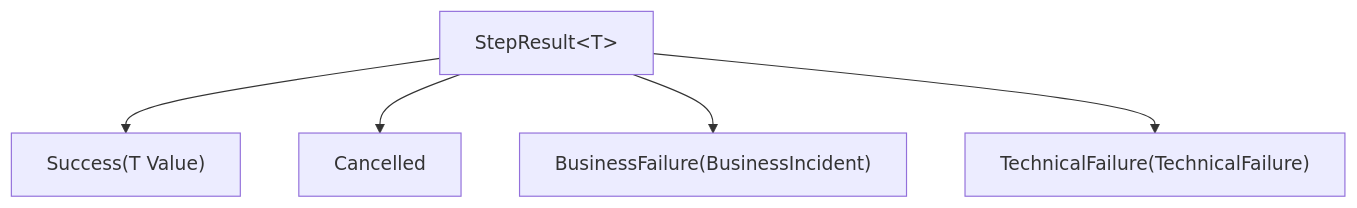
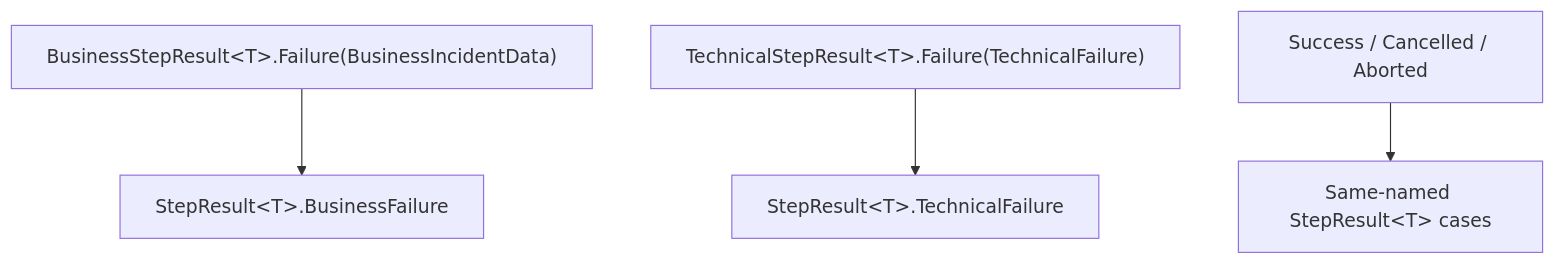
One commit to integrio-intropy/intropy-framework changed the diagram in docs/concepts/result-types.md. Above: the diagram before and after it, drawn with Mermaid. The commit also changed other lines of this file and 23 other files, not shown here.

````diff
--- a/docs/concepts/result-types.md
+++ b/docs/concepts/result-types.md
@@ -7,8 +9,6 @@
 ```mermaid
 graph TD
-    SR["StepResult&lt;T&gt;"]
-    SR --> S["Success(T Value)"]
-    SR --> C["Cancelled"]
-    SR --> BF["BusinessFailure(BusinessIncident)"]
-    SR --> TF["TechnicalFailure(TechnicalFailure)"]
+    B["BusinessStepResult&lt;T&gt;.Failure(BusinessIncidentData)"] --> BF["StepResult&lt;T&gt;.BusinessFailure"]
+    T["TechnicalStepResult&lt;T&gt;.Failure(TechnicalFailure)"] --> TF["StepResult&lt;T&gt;.TechnicalFailure"]
+    S["Success / Cancelled / Aborted"] --> P["Same-named StepResult&lt;T&gt; cases"]
 ```
````
